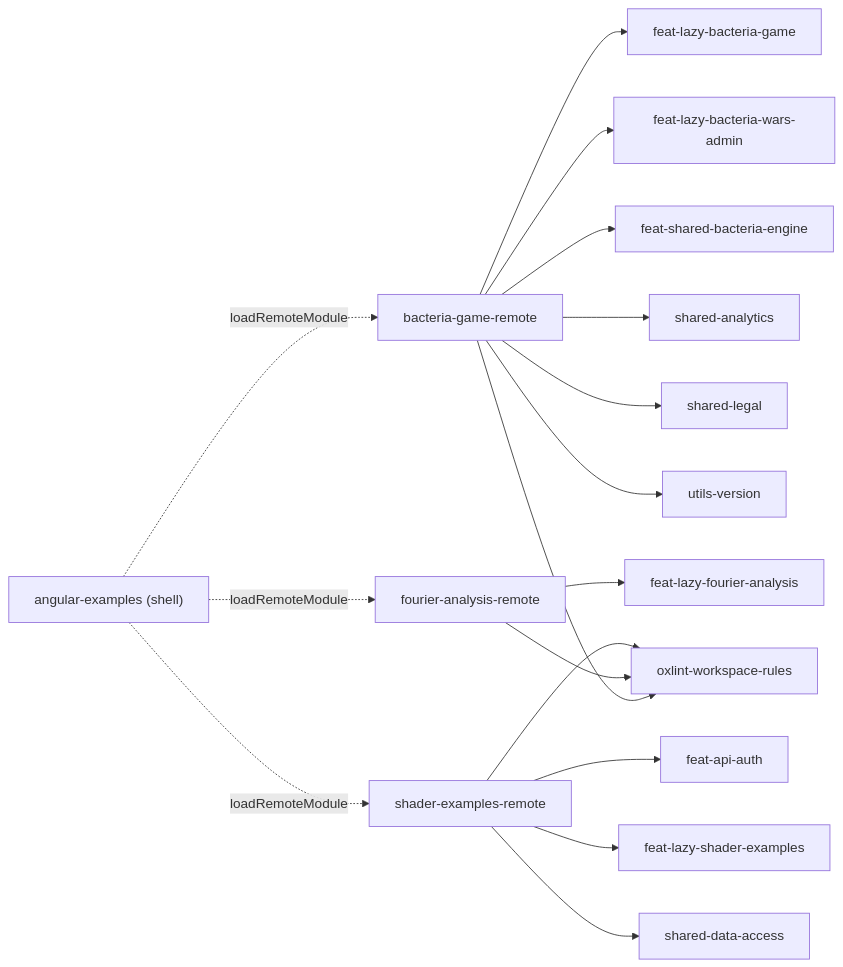
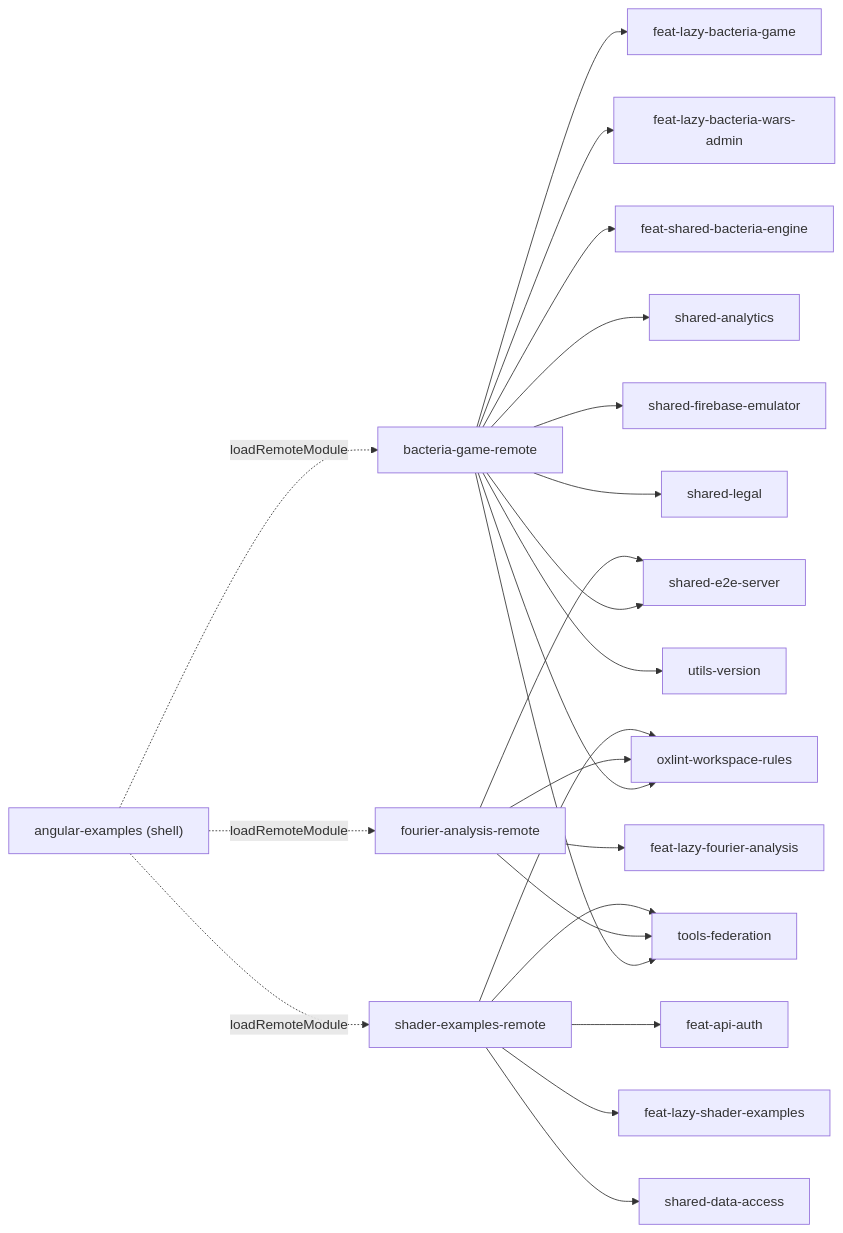
Before and after one commit to WolfSoko/wol-sok-mono: the third of 4 diagrams in docs/architecture/README.md, drawn with Mermaid. The commit also changed other lines of this file and 150 other files, not shown here.

````diff
--- a/docs/architecture/README.md
+++ b/docs/architecture/README.md
@@ -110,23 +126,29 @@
 ```mermaid
 flowchart LR
   shell["angular-examples (shell)"]
   bacteria_game_remote["bacteria-game-remote"]
   shell -. "loadRemoteModule" .-> bacteria_game_remote
   bacteria_game_remote --> feat_lazy_bacteria_game["feat-lazy-bacteria-game"]
   bacteria_game_remote --> feat_lazy_bacteria_wars_admin["feat-lazy-bacteria-wars-admin"]
   bacteria_game_remote --> feat_shared_bacteria_engine["feat-shared-bacteria-engine"]
   bacteria_game_remote --> oxlint_workspace_rules["oxlint-workspace-rules"]
   bacteria_game_remote --> shared_analytics["shared-analytics"]
+  bacteria_game_remote --> shared_e2e_server["shared-e2e-server"]
+  bacteria_game_remote --> shared_firebase_emulator["shared-firebase-emulator"]
   bacteria_game_remote --> shared_legal["shared-legal"]
+  bacteria_game_remote --> tools_federation["tools-federation"]
   bacteria_game_remote --> utils_version["utils-version"]
   fourier_analysis_remote["fourier-analysis-remote"]
   shell -. "loadRemoteModule" .-> fourier_analysis_remote
   fourier_analysis_remote --> feat_lazy_fourier_analysis["feat-lazy-fourier-analysis"]
   fourier_analysis_remote --> oxlint_workspace_rules["oxlint-workspace-rules"]
+  fourier_analysis_remote --> shared_e2e_server["shared-e2e-server"]
+  fourier_analysis_remote --> tools_federation["tools-federation"]
   shader_examples_remote["shader-examples-remote"]
   shell -. "loadRemoteModule" .-> shader_examples_remote
   shader_examples_remote --> feat_api_auth["feat-api-auth"]
   shader_examples_remote --> feat_lazy_shader_examples["feat-lazy-shader-examples"]
   shader_examples_remote --> oxlint_workspace_rules["oxlint-workspace-rules"]
   shader_examples_remote --> shared_data_access["shared-data-access"]
+  shader_examples_remote --> tools_federation["tools-federation"]
 ```
````
